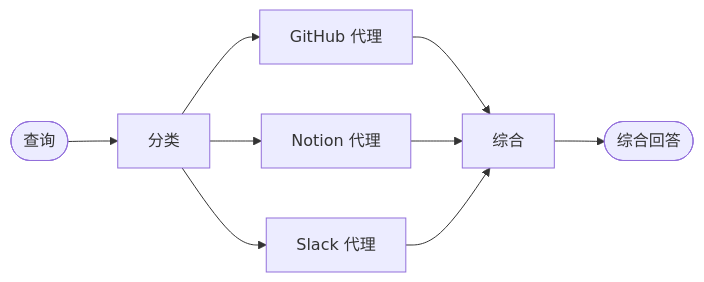
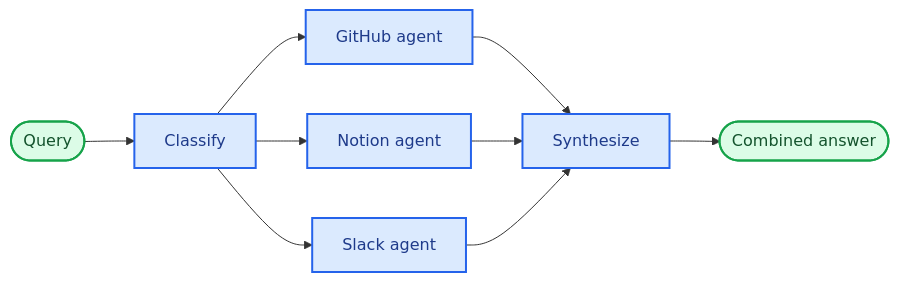
The diagram in oss/python/langchain/multi-agent/router-knowledge-base.mdx (kunfan96/cndocs-langchain), drawn with Mermaid before and after one commit. The commit also changed other lines of this file and 2611 other files, not shown here.

````diff
--- a/oss/python/langchain/multi-agent/router-knowledge-base.mdx
+++ b/oss/python/langchain/multi-agent/router-knowledge-base.mdx
@@ -21,11 +21,17 @@
 ```mermaid
 graph LR
-    A([查询]) --> B[分类]
-    B --> C[GitHub 代理]
-    B --> D[Notion 代理]
-    B --> E[Slack 代理]
-    C --> F[综合]
+    A([Query]) --> B[Classify]
+    B --> C[GitHub agent]
+    B --> D[Notion agent]
+    B --> E[Slack agent]
+    C --> F[Synthesize]
     D --> F
     E --> F
-    F --> G([综合回答])
+    F --> G([Combined answer])
+
+    classDef trigger fill:#DCFCE7,stroke:#16A34A,stroke-width:2px,color:#14532D
+    classDef process fill:#DBEAFE,stroke:#2563EB,stroke-width:2px,color:#1E3A8A
+
+    class A,G trigger
+    class B,C,D,E,F process
 ```
````
